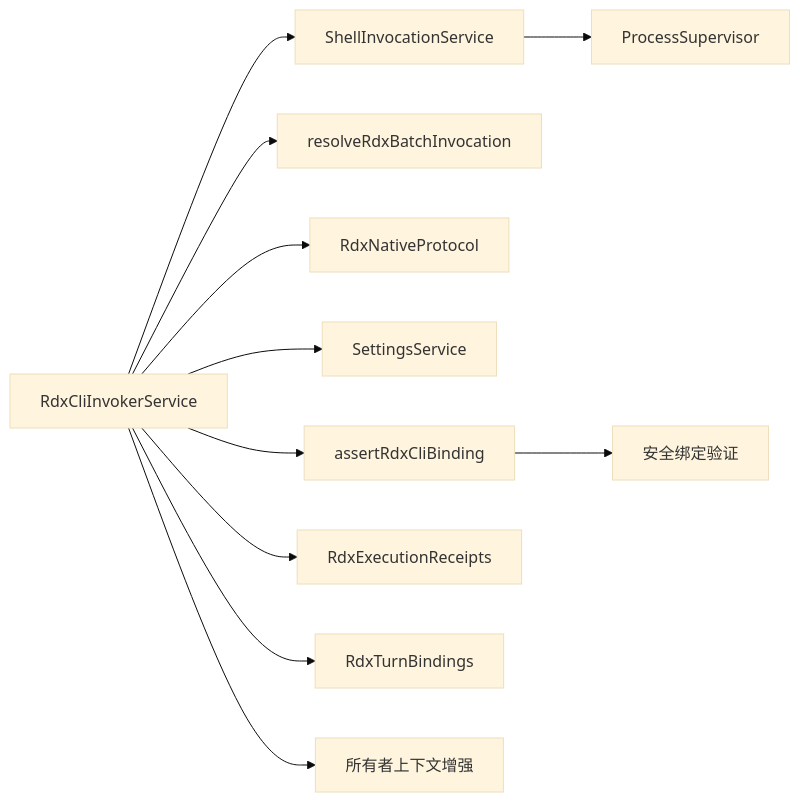
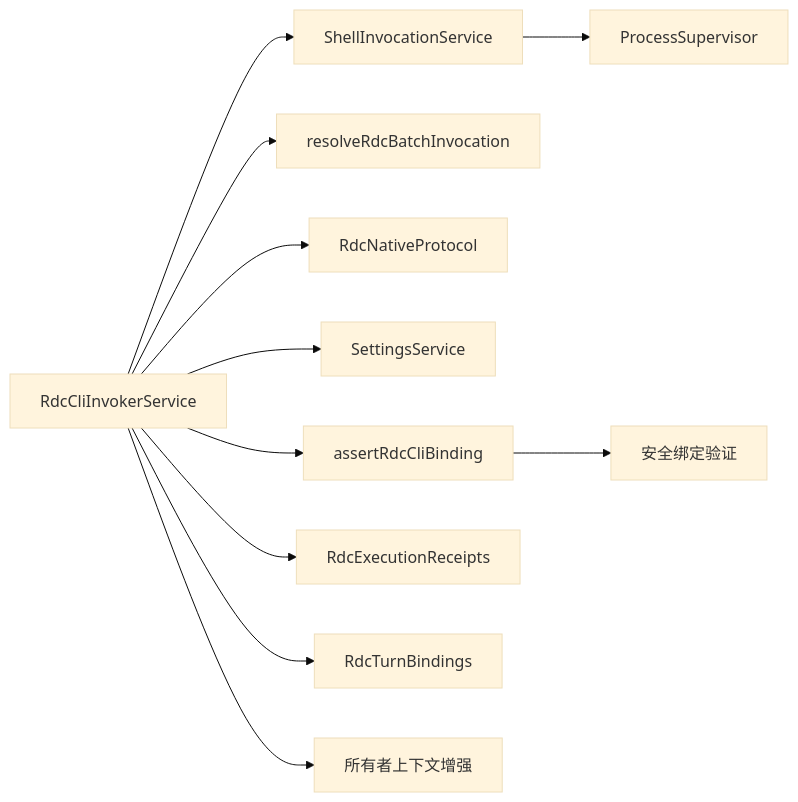
The seventh of 7 diagrams in .qoder/repowiki/zh/content/核心模块/工具系统/RDX CLI 调用器.md (haolange/RDC-Agent), drawn with Mermaid (base theme) before and after one commit. The commit also changed other lines of this file and 557 other files, not shown here.

````diff
--- a/.qoder/repowiki/zh/content/核心模块/工具系统/RDX CLI 调用器.md
+++ b/.qoder/repowiki/zh/content/核心模块/工具系统/RDX CLI 调用器.md
@@ -322,13 +322,13 @@
 ```mermaid
 graph LR
-Svc["RdxCliInvokerService"] --> Shl["ShellInvocationService"]
-Svc --> Res["resolveRdxBatchInvocation"]
-Svc --> Pro["RdxNativeProtocol"]
+Svc["RdcCliInvokerService"] --> Shl["ShellInvocationService"]
+Svc --> Res["resolveRdcBatchInvocation"]
+Svc --> Pro["RdcNativeProtocol"]
 Svc --> Set["SettingsService"]
-Svc --> Val["assertRdxCliBinding"]
+Svc --> Val["assertRdcCliBinding"]
 Shl --> PS["ProcessSupervisor"]
-Svc --> Rec["RdxExecutionReceipts"]
-Svc --> Bind["RdxTurnBindings"]
+Svc --> Rec["RdcExecutionReceipts"]
+Svc --> Bind["RdcTurnBindings"]
 Svc --> Owner["所有者上下文增强"]
 Val --> Security["安全绑定验证"]
 ```
````
